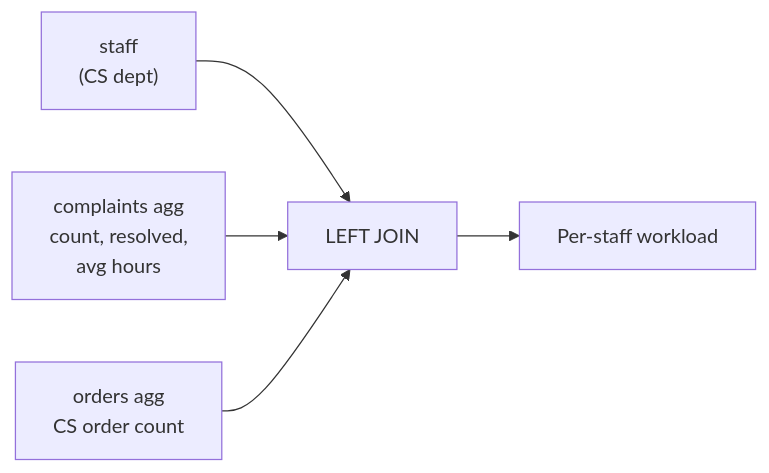
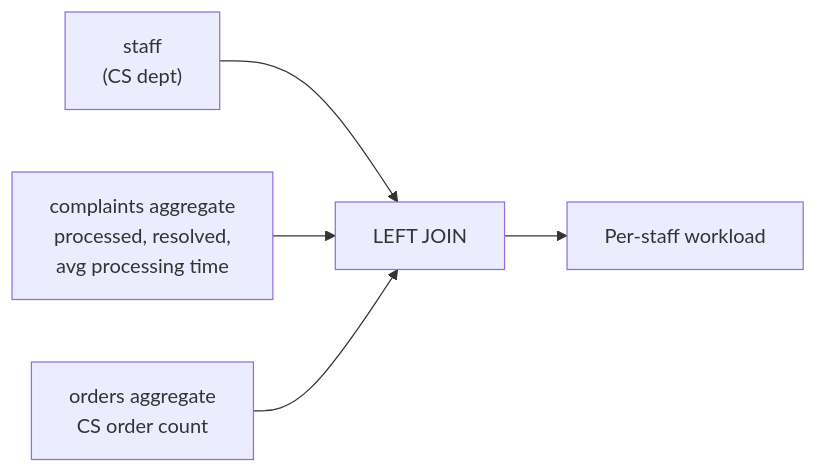
One commit to civilian7/sql-tutorial changed diagram 15 of 18 in docs/en/schema/views.md. Above: the diagram before and after it, drawn with Mermaid. The commit also changed other lines of this file and 121 other files, not shown here.

````diff
--- a/docs/en/schema/views.md
+++ b/docs/en/schema/views.md
@@ -1465,11 +1479,11 @@
 ```mermaid
 flowchart LR
     A["staff
     (CS dept)"] --> D["LEFT JOIN"]
-    B["complaints agg
-    count, resolved,
-    avg hours"] --> D
-    C["orders agg
+    B["complaints aggregate
+    processed, resolved,
+    avg processing time"] --> D
+    C["orders aggregate
     CS order count"] --> D
     D --> E["Per-staff workload"]
 ```
````
